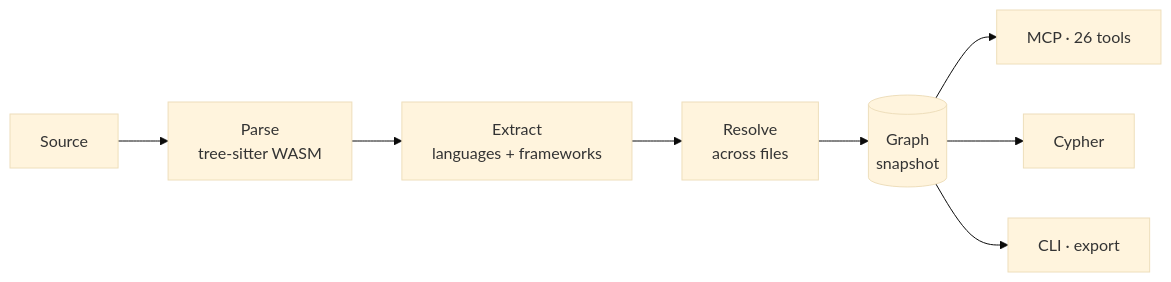
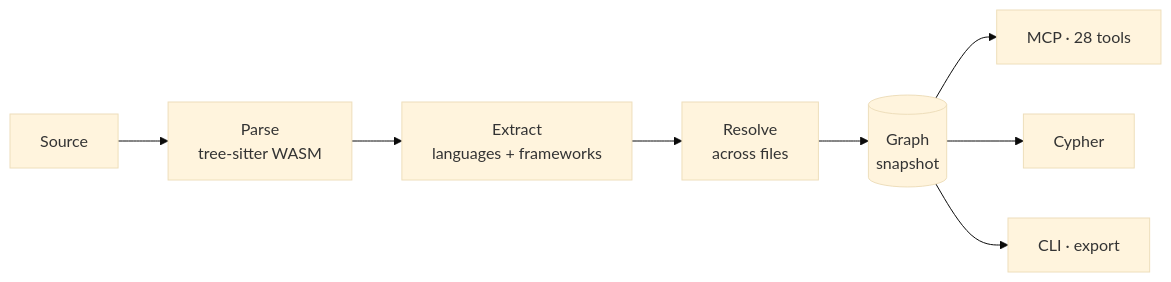
Before and after one commit to fatihserhatturan/concentrate: the diagram in README.md, drawn with Mermaid (base theme). The commit also changed other lines of this file and 110 other files, not shown here.

````diff
--- a/README.md
+++ b/README.md
@@ -47,10 +47,10 @@
 ```mermaid
 flowchart LR
   A[Source] --> B[Parse<br/>tree-sitter WASM]
   B --> C[Extract<br/>languages + frameworks]
   C --> D[Resolve<br/>across files]
   D --> E[(Graph<br/>snapshot)]
-  E --> F[MCP · 26 tools]
+  E --> F[MCP · 28 tools]
   E --> G[Cypher]
   E --> H[CLI · export]
 ```
````
